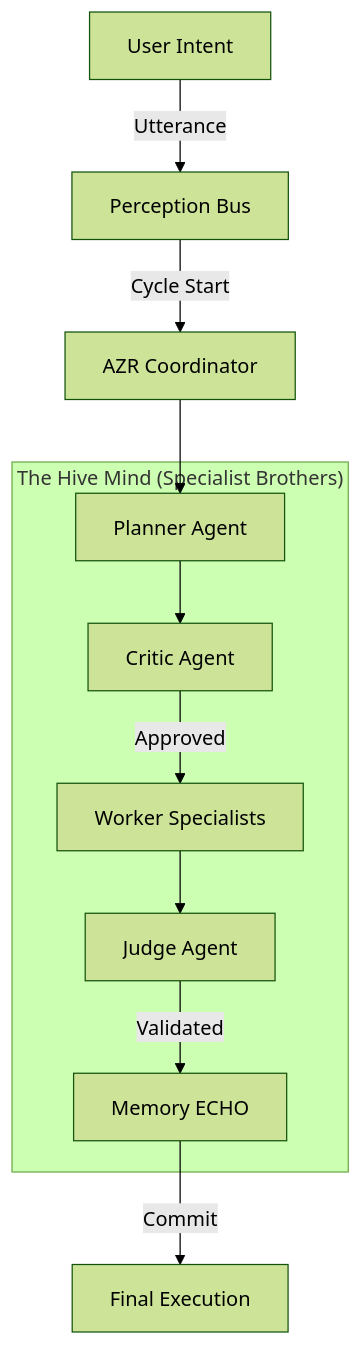
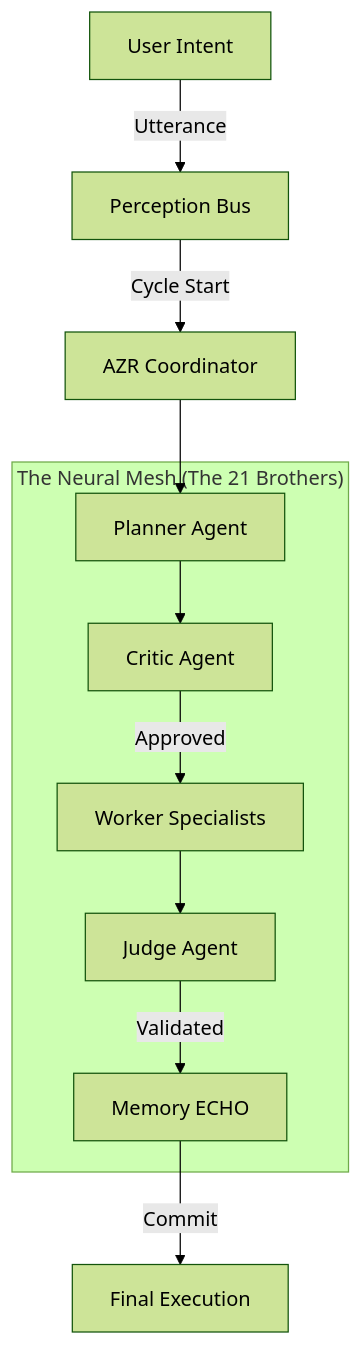
The diagram in README.md (4citeB4U/LeeWay-Standards), drawn with Mermaid (forest theme) before and after one commit. The commit also changed other lines of this file and 6 other files, not shown here.

````diff
--- a/README.md
+++ b/README.md
@@ -35,20 +48,20 @@
 ```mermaid
 flowchart TD
     U[User Intent] -->|Utterance| BUS[Perception Bus]
     BUS -->|Cycle Start| AZR[AZR Coordinator]
     
-    subgraph hive["The Hive Mind (Specialist Brothers)"]
+    subgraph hive["The Neural Mesh (The 21 Brothers)"]
         PLAN[Planner Agent]
         CRIT[Critic Agent]
         WORK[Worker Specialists]
         JUDGE[Judge Agent]
         MEM[Memory ECHO]
     end
     
     AZR --> PLAN
     PLAN --> CRIT
     CRIT -->|Approved| WORK
     WORK --> JUDGE
     JUDGE -->|Validated| MEM
     MEM -->|Commit| RESULT[Final Execution]
 ```
````
